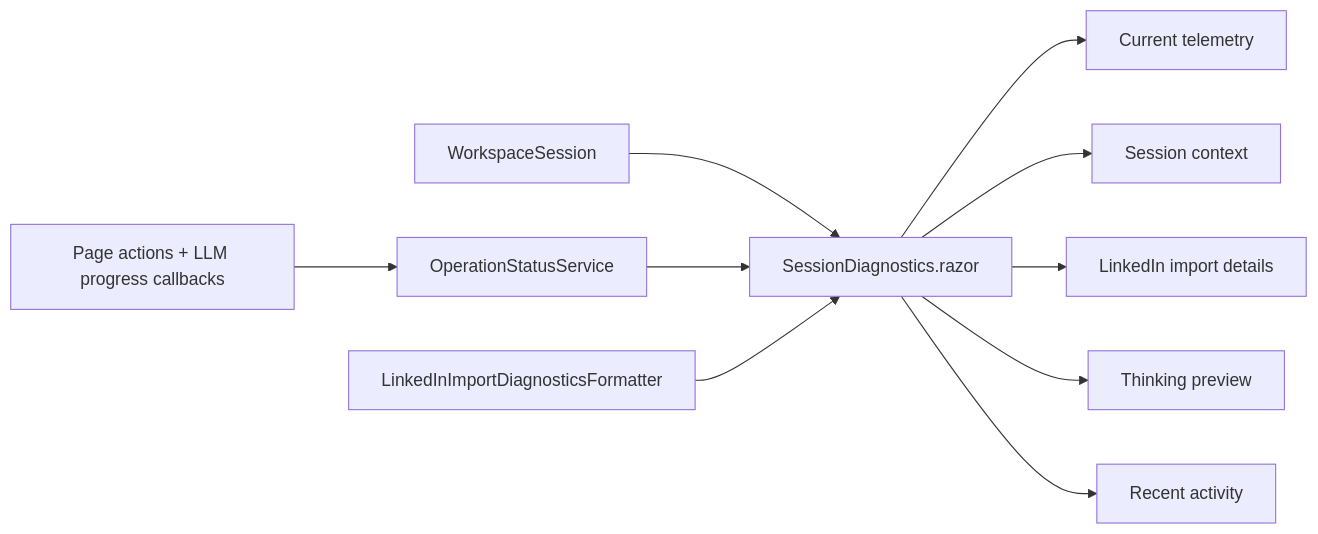
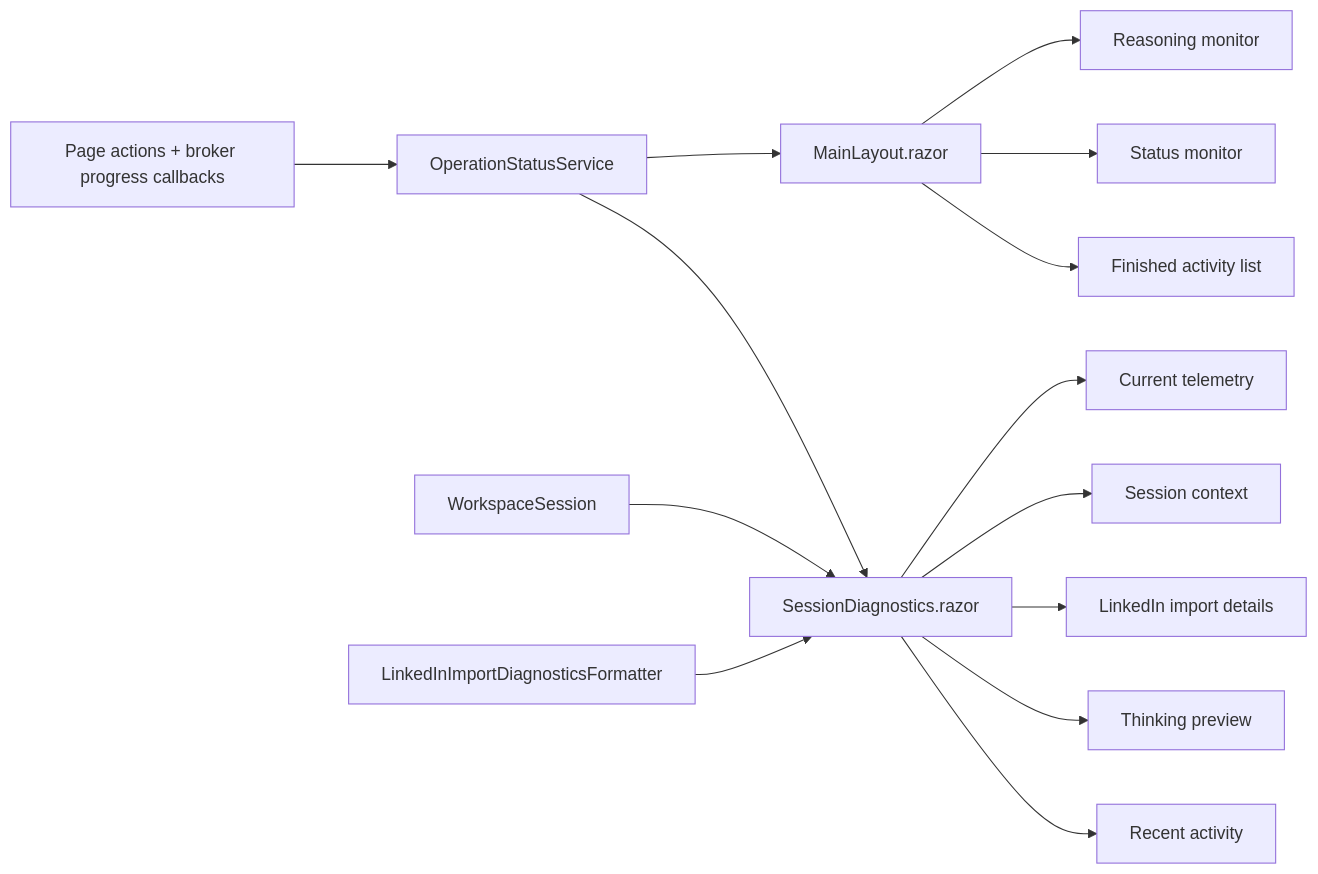
Diagram 11 of 11 in docs/details.md (hennie42/li-jobber), drawn with Mermaid before and after one commit. The commit also changed other lines of this file and 22 other files, not shown here.

````diff
--- a/docs/details.md
+++ b/docs/details.md
@@ -509,12 +526,16 @@
 ```mermaid
 graph LR
-    A[Page actions + LLM progress callbacks] --> B[OperationStatusService]
-    C[WorkspaceSession] --> D[SessionDiagnostics.razor]
-    B --> D
-    E[LinkedInImportDiagnosticsFormatter] --> D
-    D --> F[Current telemetry]
-    D --> G[Session context]
-    D --> H[LinkedIn import details]
-    D --> I[Thinking preview]
-    D --> J[Recent activity]
+    A[Page actions + broker progress callbacks] --> B[OperationStatusService]
+    B --> C[MainLayout.razor]
+    C --> D[Reasoning monitor]
+    C --> E[Status monitor]
+    C --> F[Finished activity list]
+    G[WorkspaceSession] --> H[SessionDiagnostics.razor]
+    B --> H
+    I[LinkedInImportDiagnosticsFormatter] --> H
+    H --> J[Current telemetry]
+    H --> K[Session context]
+    H --> L[LinkedIn import details]
+    H --> M[Thinking preview]
+    H --> N[Recent activity]
 ```
````
